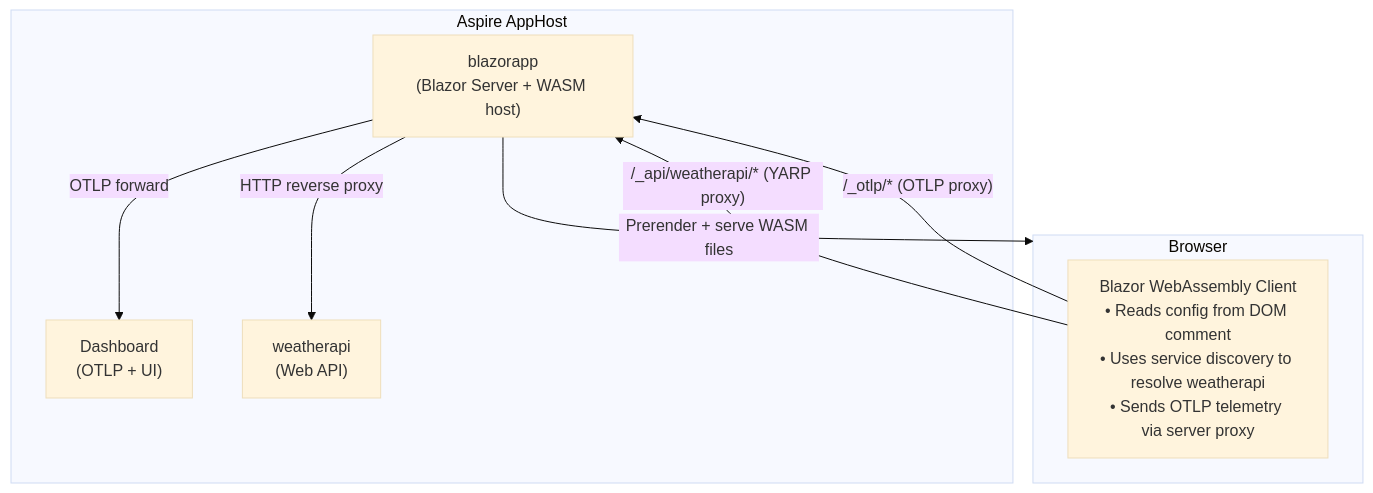
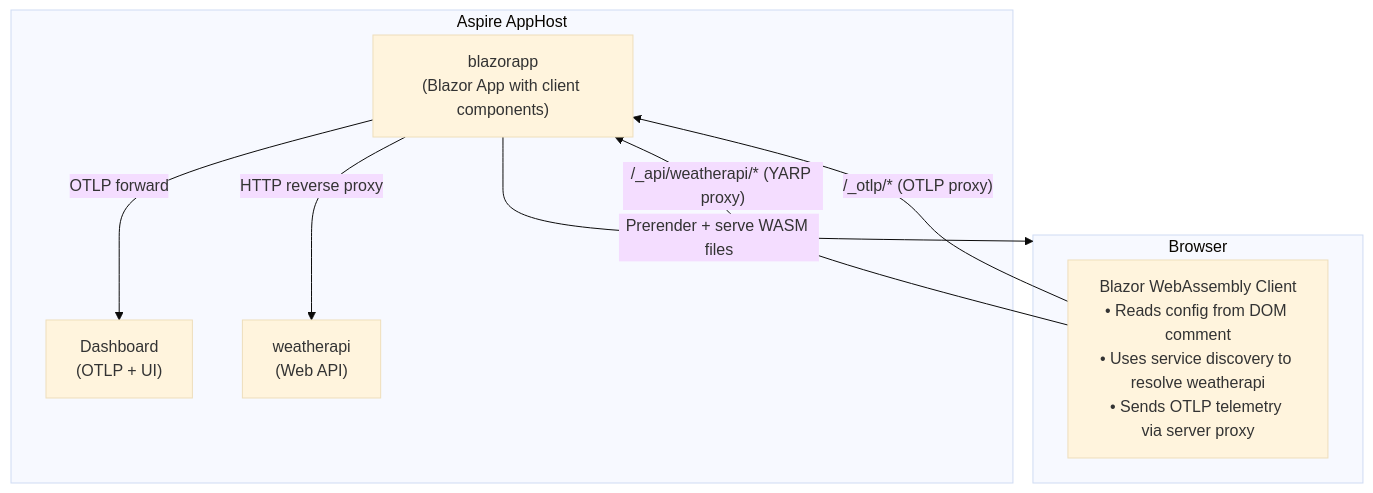
The first of 2 diagrams in playground/AspireWithBlazorHosted/README.md (microsoft/aspire), drawn with Mermaid (base theme) before and after one commit. The commit also changed other lines of this file and 7 other files, not shown here.

First line of the commit message:
Add configurable apiPrefix/otlpPrefix, extract BlazorClientConfiguration component

````diff
--- a/playground/AspireWithBlazorHosted/README.md
+++ b/playground/AspireWithBlazorHosted/README.md
@@ -21,18 +21,18 @@
 ```mermaid
 graph TB
     subgraph AppHost["Aspire AppHost"]
         Dashboard["Dashboard<br/>(OTLP + UI)"]
-        BlazorApp["blazorapp<br/>(Blazor Server + WASM host)"]
+        BlazorApp["blazorapp<br/>(Blazor App with client components)"]
         WeatherAPI["weatherapi<br/>(Web API)"]
     end
 
     subgraph Browser
         WASM["Blazor WebAssembly Client<br/>• Reads config from DOM comment<br/>• Uses service discovery to resolve weatherapi<br/>• Sends OTLP telemetry via server proxy"]
     end
 
     BlazorApp -- "Prerender + serve WASM files" --> Browser
     WASM -- "/_api/weatherapi/* (YARP proxy)" --> BlazorApp
     WASM -- "/_otlp/* (OTLP proxy)" --> BlazorApp
     BlazorApp -- "HTTP reverse proxy" --> WeatherAPI
     BlazorApp -- "OTLP forward" --> Dashboard
 ```
````
